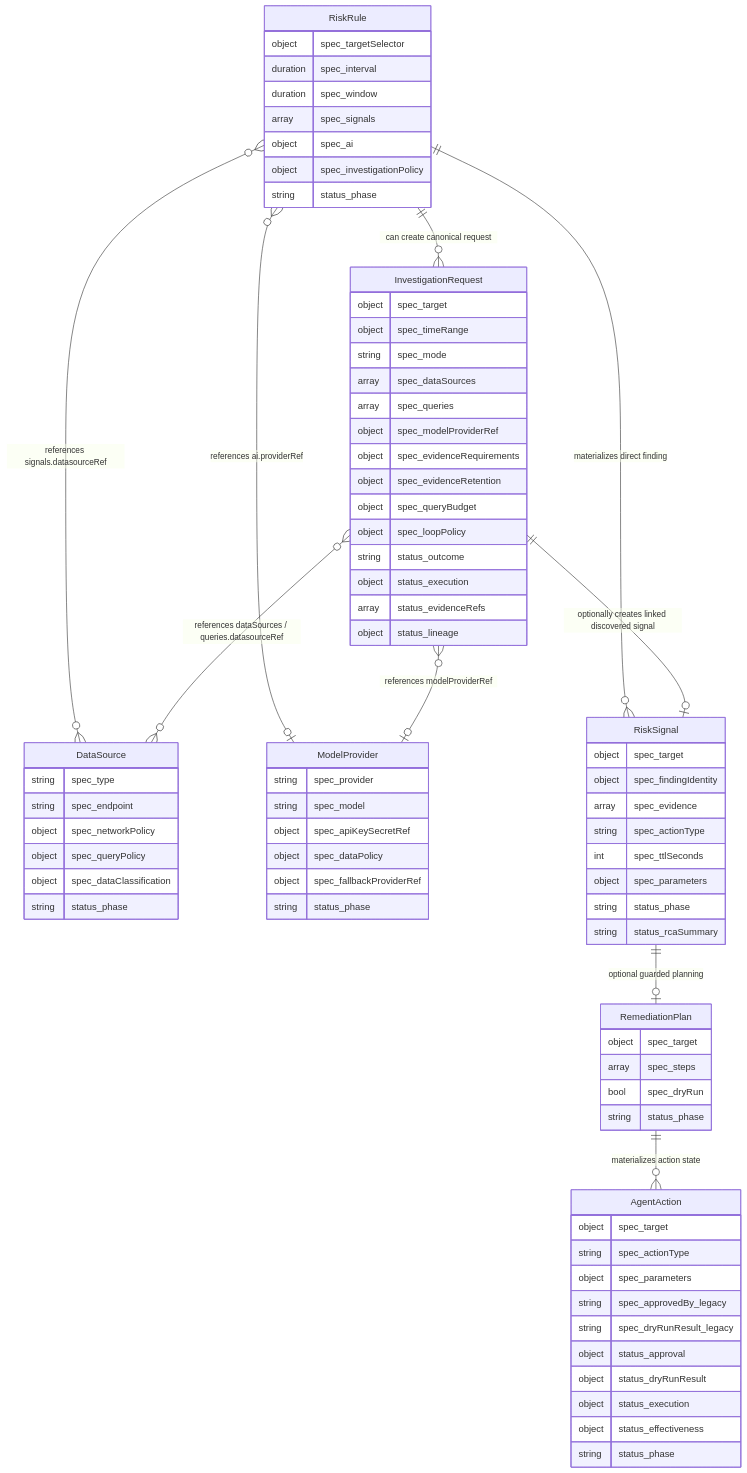
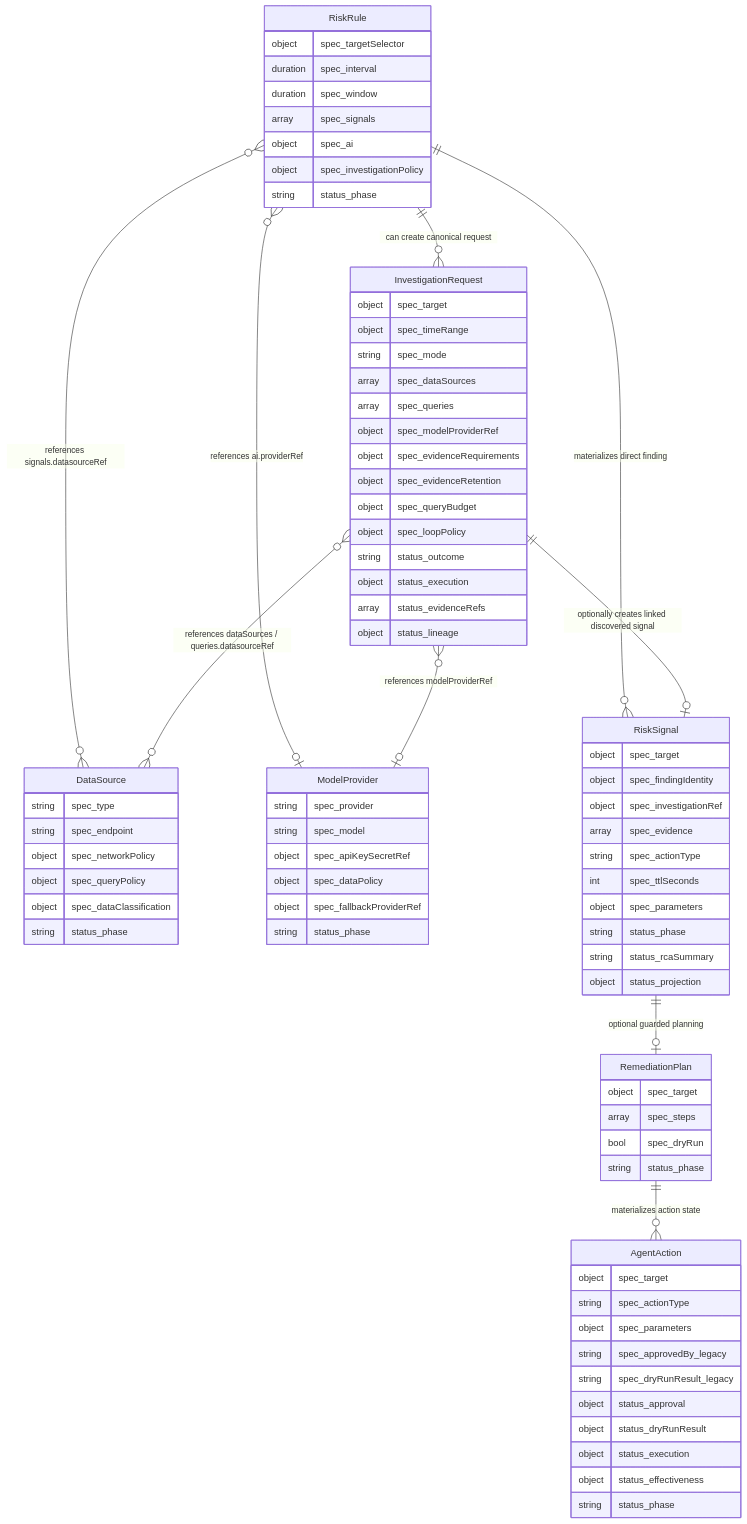
One commit to FluxSeer/fluxseer-rca changed the third of 18 diagrams in docs/architecture/mermaid-diagrams.md. Above: the diagram before and after it, drawn with Mermaid. The commit also changed other lines of this file and 10 other files, not shown here.

```diff
--- a/docs/architecture/mermaid-diagrams.md
+++ b/docs/architecture/mermaid-diagrams.md
@@ -219,12 +219,14 @@
     RiskSignal {
         object spec_target
         object spec_findingIdentity
+        object spec_investigationRef
         array spec_evidence
         string spec_actionType
         int spec_ttlSeconds
         object spec_parameters
         string status_phase
         string status_rcaSummary
+        object status_projection
     }
 
     RemediationPlan {
```
